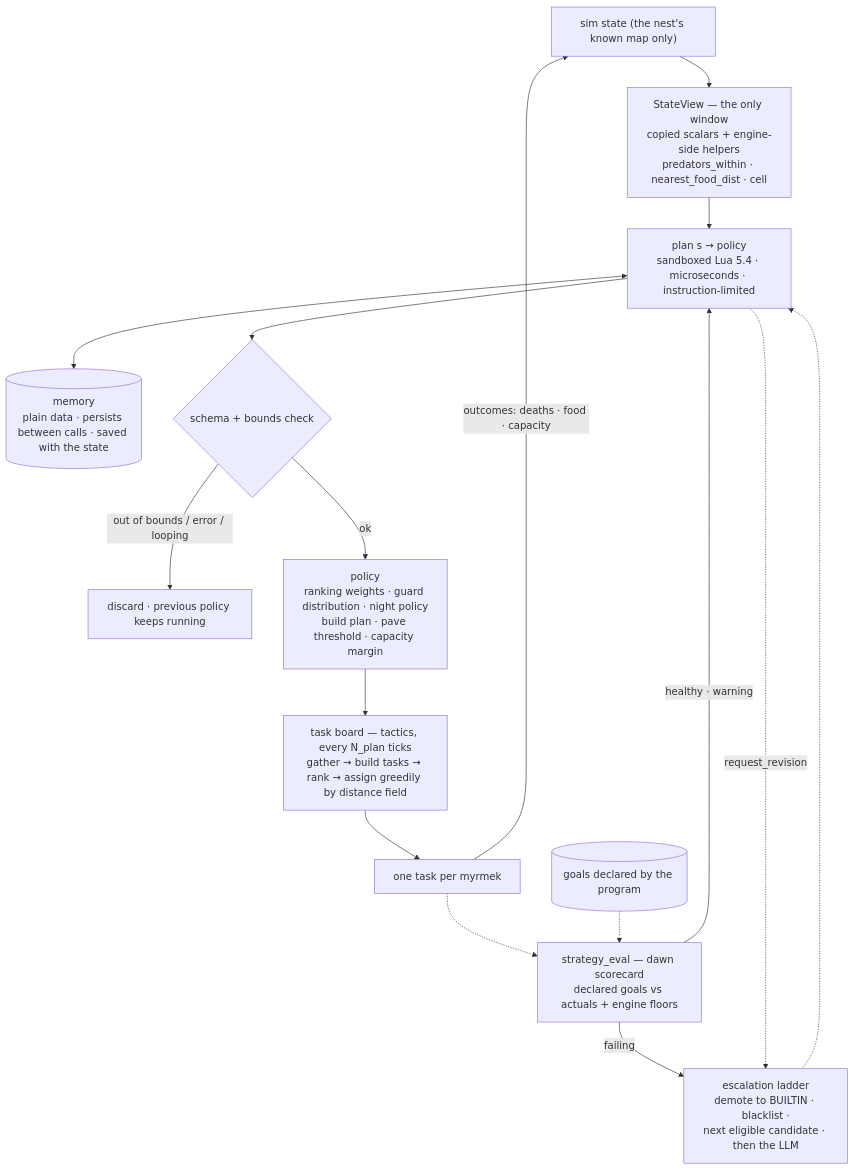
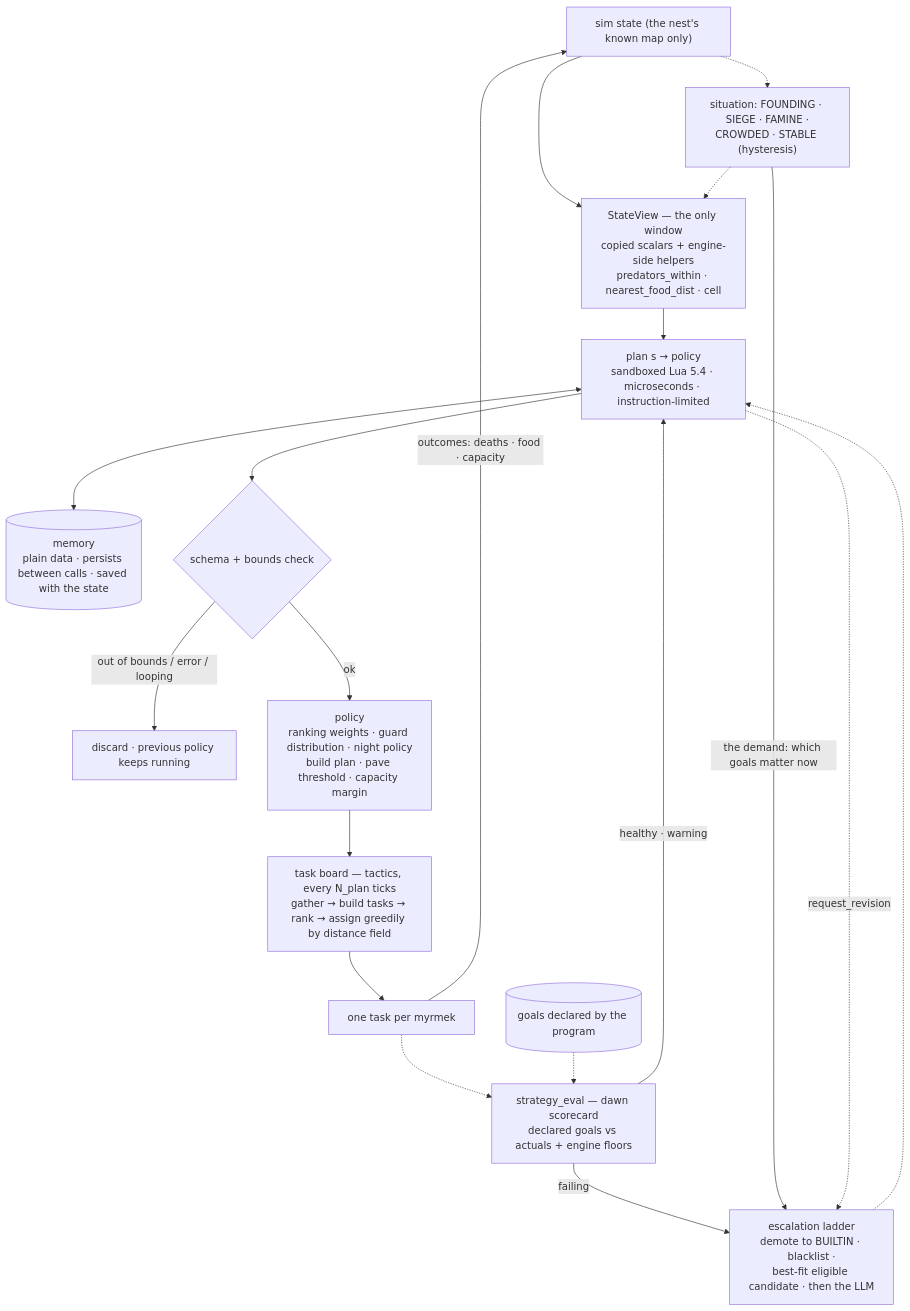
One commit to ichMaster/myrmex changed the seventh of 9 diagrams in specification/ARCHITECTURE.md. Above: the diagram before and after it, drawn with Mermaid. The commit also changed other lines of this file and 2 other files, not shown here.

First line of the commit message:
The engine classifies the nest's situation, and that picks the strategy

````diff
--- a/specification/ARCHITECTURE.md
+++ b/specification/ARCHITECTURE.md
@@ -271,18 +271,21 @@
 ```mermaid
 flowchart TB
     world["sim state (the nest's known map only)"] --> sv["StateView — the only window<br/>copied scalars + engine-side helpers<br/>predators_within · nearest_food_dist · cell"]
     sv --> planf["plan s → policy<br/>sandboxed Lua 5.4 · microseconds · instruction-limited"]
     planf <--> mem[("memory<br/>plain data · persists between calls · saved with the state")]
     planf --> check{"schema + bounds check"}
     check -->|"out of bounds / error / looping"| keep["discard · previous policy keeps running"]
     check -->|ok| policy["policy<br/>ranking weights · guard distribution · night policy<br/>build plan · pave threshold · capacity margin"]
     policy --> board["task board — tactics, every N_plan ticks<br/>gather → build tasks → rank → assign greedily by distance field"]
     board --> agents["one task per myrmek"]
     agents -->|"outcomes: deaths · food · capacity"| world
     agents -.-> score["strategy_eval — dawn scorecard<br/>declared goals vs actuals + engine floors"]
     goalsd[("goals declared by the program")] -.-> score
     score -->|"healthy · warning"| planf
-    score -->|"failing"| ladder["escalation ladder<br/>demote to BUILTIN · blacklist ·<br/>next eligible candidate · then the LLM"]
+    score -->|"failing"| ladder["escalation ladder<br/>demote to BUILTIN · blacklist ·<br/>best-fit eligible candidate · then the LLM"]
+    world -.-> sit["situation: FOUNDING · SIEGE · FAMINE ·<br/>CROWDED · STABLE (hysteresis)"]
+    sit -->|"the demand: which goals matter now"| ladder
+    sit -.-> sv
     ladder -.-> planf
     planf -.->|"request_revision"| ladder
 ```
````
